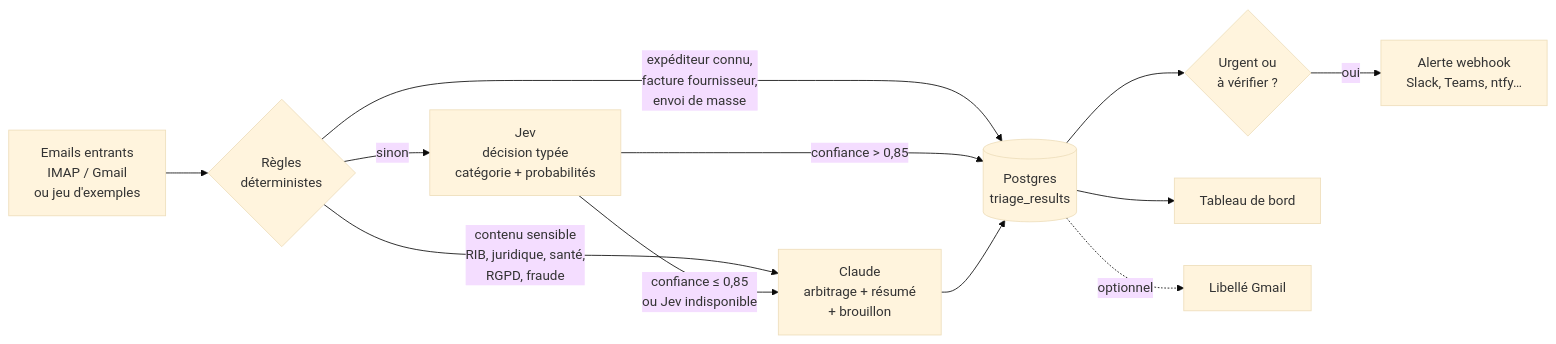
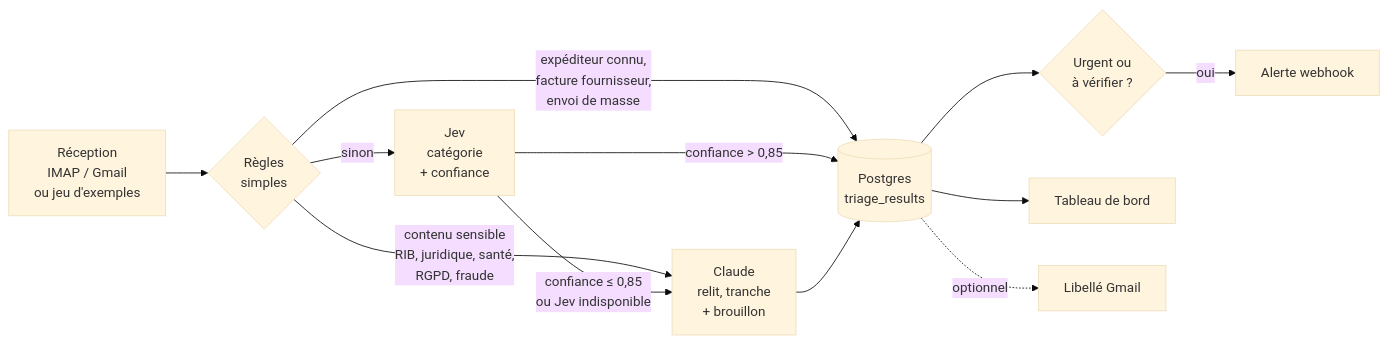
The diagram in README.md (Mr-yums/n8n-email-triage), drawn with Mermaid (base theme) before and after one commit. The commit also changed other lines of this file and 1 other file, not shown here.

Commit message:
[OXIO · Opus 5.5 · 22/10/2026] README : pipeline détaillé, cas hors règles, sans tarif ni délai

````diff
--- a/README.md
+++ b/README.md
@@ -20,14 +27,14 @@
 ```mermaid
 flowchart LR
-    IN[Emails entrants<br/>IMAP / Gmail<br/>ou jeu d'exemples] --> R{Règles<br/>déterministes}
+    IN[Réception<br/>IMAP / Gmail<br/>ou jeu d'exemples] --> R{Règles<br/>simples}
     R -- expéditeur connu,<br/>facture fournisseur,<br/>envoi de masse --> DB[(Postgres<br/>triage_results)]
-    R -- contenu sensible<br/>RIB, juridique, santé,<br/>RGPD, fraude --> C[Claude<br/>arbitrage + résumé<br/>+ brouillon]
-    R -- sinon --> J[Jev<br/>décision typée<br/>catégorie + probabilités]
+    R -- contenu sensible<br/>RIB, juridique, santé,<br/>RGPD, fraude --> C[Claude<br/>relit, tranche<br/>+ brouillon]
+    R -- sinon --> J[Jev<br/>catégorie<br/>+ confiance]
     J -- confiance &gt; 0,85 --> DB
     J -- confiance ≤ 0,85<br/>ou Jev indisponible --> C
     C --> DB
     DB --> A{Urgent ou<br/>à vérifier ?}
-    A -- oui --> W[Alerte webhook<br/>Slack, Teams, ntfy…]
+    A -- oui --> W[Alerte webhook]
     DB --> D[Tableau de bord]
     DB -. optionnel .-> L[Libellé Gmail]
 ```
````
